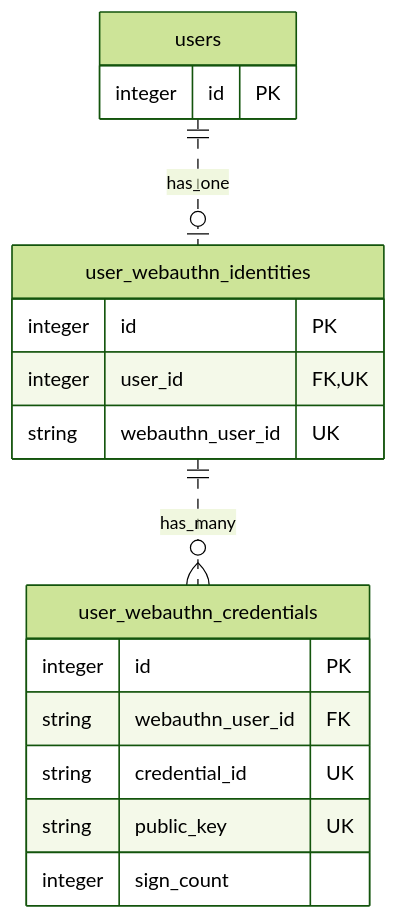
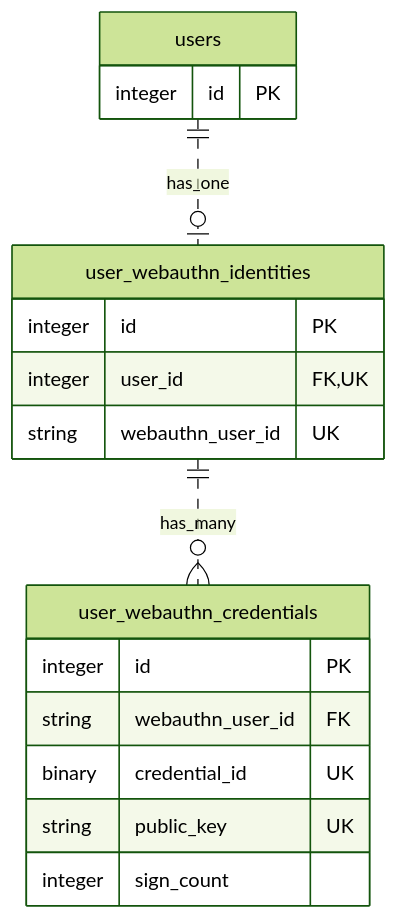
Before and after one commit to koyo-miyamura/webauthn-rails-api-sample: the diagram in doc/design.md, drawn with Mermaid (forest theme). The commit also changed other lines of this file and 8 other files, not shown here.

````diff
--- a/doc/design.md
+++ b/doc/design.md
@@ -11,23 +11,23 @@
 ```mermaid
 erDiagram
     users ||..o| user_webauthn_identities : has_one
     user_webauthn_identities ||..o{ user_webauthn_credentials : has_many
 
     users {
         integer id PK
     }
 
     user_webauthn_identities {
         integer id PK
         integer user_id FK,UK
         string webauthn_user_id UK
     }
 
     user_webauthn_credentials {
         integer id PK
         string webauthn_user_id FK
-        string credential_id UK
+        binary credential_id UK
         string public_key UK
         integer sign_count
     }
 ```
````
